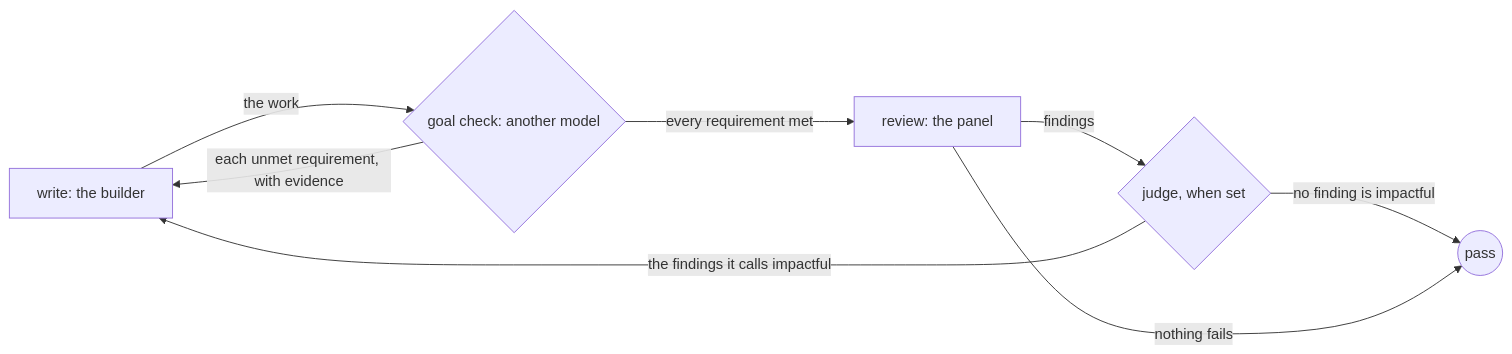
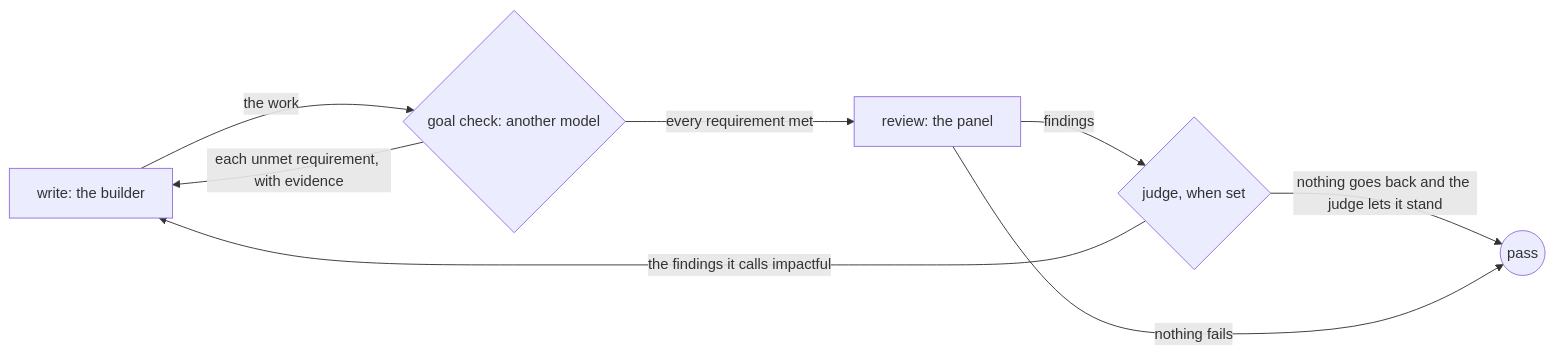
The diagram in docs/public/patterns/check-the-brief.mdx (jonny981/obversa), drawn with Mermaid before and after one commit. The commit also changed 64 other files, not shown here.

First line of the commit message:
feat(runtime): score each finding and gate every judge action on confidence

````diff
--- a/docs/public/patterns/check-the-brief.mdx
+++ b/docs/public/patterns/check-the-brief.mdx
@@ -18,10 +18,10 @@
 ```mermaid
 flowchart LR
   write["write: the builder"] -->|the work| goal{"goal check: another model"}
   goal -->|each unmet requirement, with evidence| write
   goal -->|every requirement met| review["review: the panel"]
   review -->|findings| judge{"judge, when set"}
   judge -->|the findings it calls impactful| write
-  judge -->|no finding is impactful| done((pass))
+  judge -->|nothing goes back and the judge lets it stand| done((pass))
   review -->|nothing fails| done
 ```
````
